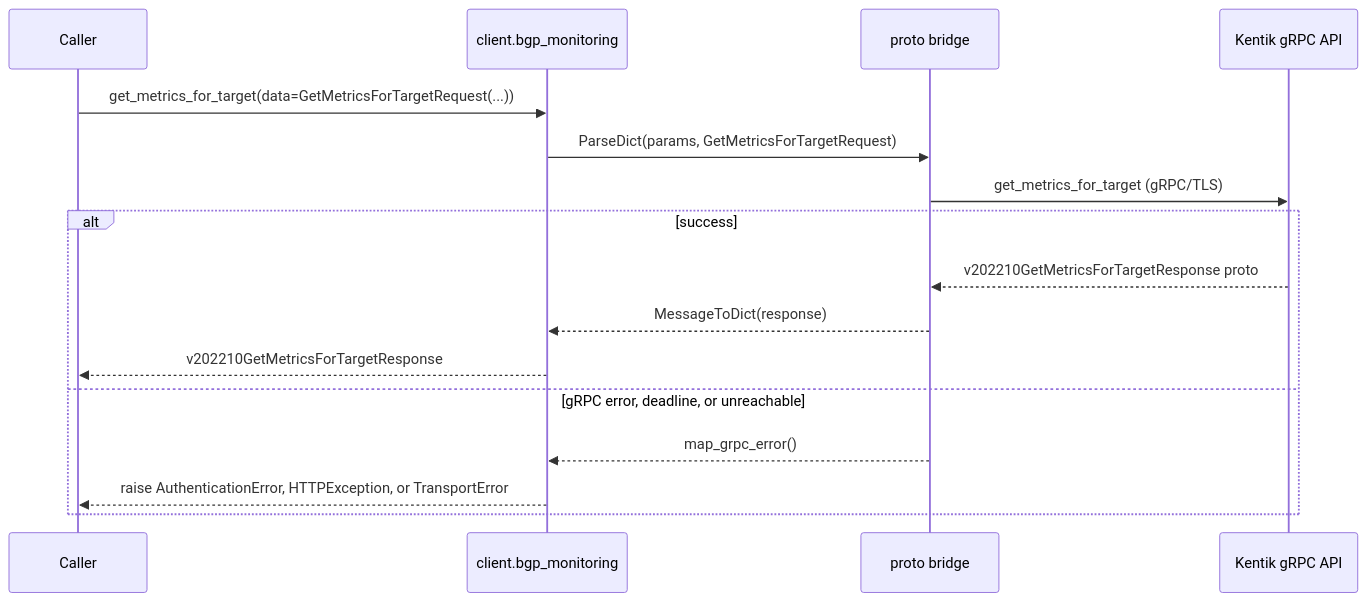
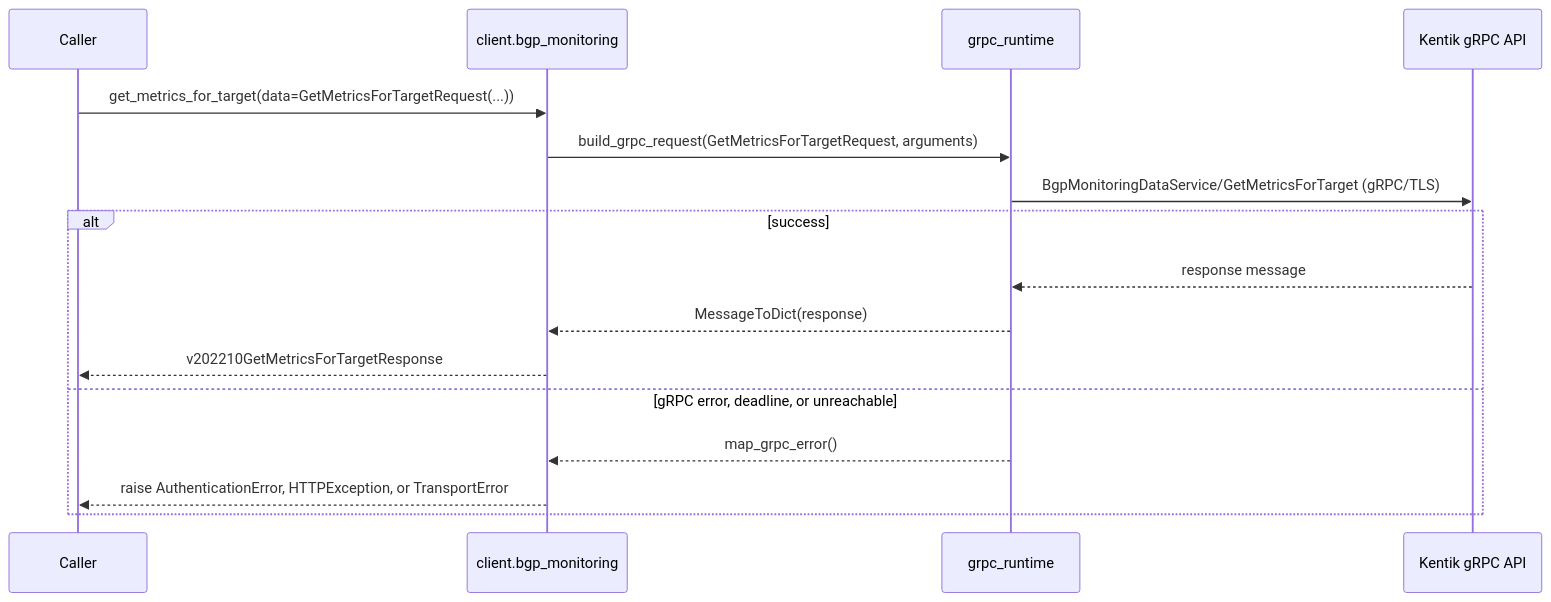
Before and after one commit to alexdearaujo/community_sdk_python: the third of 18 diagrams in docs/sphinx/services/bgp_monitoring.md, drawn with Mermaid. The commit also changed other lines of this file and 37 other files, not shown here.

First line of the commit message:
docs: show the real RPC in each service page's gRPC diagram

````diff
--- a/docs/sphinx/services/bgp_monitoring.md
+++ b/docs/sphinx/services/bgp_monitoring.md
@@ -61,19 +61,19 @@
 ```mermaid
 sequenceDiagram
     participant C as Caller
     participant W as client.bgp_monitoring
-    participant B as proto bridge
+    participant R as grpc_runtime
     participant API as Kentik gRPC API
 
     C->>W: get_metrics_for_target(data=GetMetricsForTargetRequest(...))
-    W->>B: ParseDict(params, GetMetricsForTargetRequest)
-    B->>API: get_metrics_for_target (gRPC/TLS)
+    W->>R: build_grpc_request(GetMetricsForTargetRequest, arguments)
+    R->>API: BgpMonitoringDataService/GetMetricsForTarget (gRPC/TLS)
     alt success
-        API-->>B: v202210GetMetricsForTargetResponse proto
-        B-->>W: MessageToDict(response)
+        API-->>R: response message
+        R-->>W: MessageToDict(response)
         W-->>C: v202210GetMetricsForTargetResponse
     else gRPC error, deadline, or unreachable
-        B-->>W: map_grpc_error()
+        R-->>W: map_grpc_error()
         W-->>C: raise AuthenticationError, HTTPException, or TransportError
     end
 ```
````
